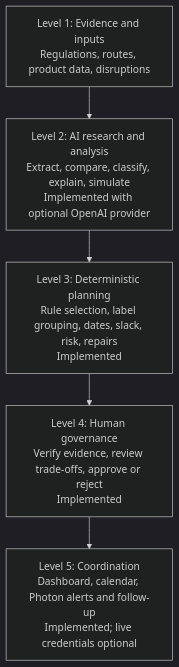
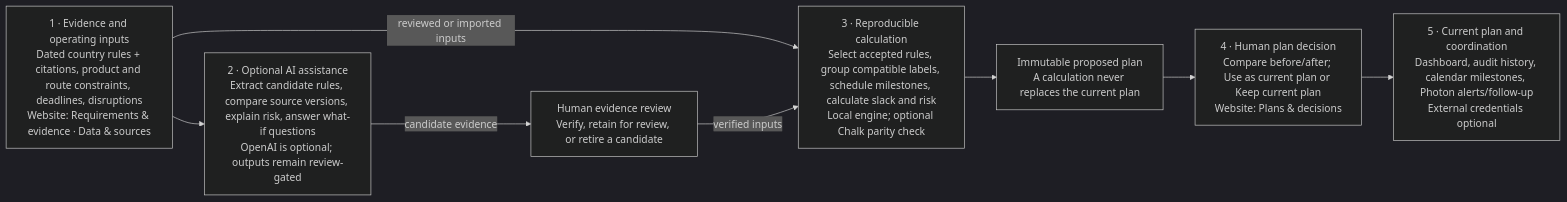
Before and after one commit to oliverywu/ClearPath: the first of 3 diagrams in README.md, drawn with Mermaid (dark theme). The commit also changed other lines of this file and 5 other files, not shown here.

Commit message:
Clarify workflow guide and architecture documentation

````diff
--- a/README.md
+++ b/README.md
@@ -9,10 +9,17 @@
 ```mermaid
-flowchart TB
-    L1["Level 1: Evidence and inputs<br/>Regulations, routes, product data, disruptions"]
-    L2["Level 2: AI research and analysis<br/>Extract, compare, classify, explain, simulate<br/>Implemented with optional OpenAI provider"]
-    L3["Level 3: Deterministic planning<br/>Rule selection, label grouping, dates, slack, risk, repairs<br/>Implemented"]
-    L4["Level 4: Human governance<br/>Verify evidence, review trade-offs, approve or reject<br/>Implemented"]
-    L5["Level 5: Coordination<br/>Dashboard, calendar, Photon alerts and follow-up<br/>Implemented; live credentials optional"]
+flowchart LR
+    IN["1 · Evidence and operating inputs<br/>Dated country rules + citations, product and route constraints, deadlines, disruptions<br/>Website: Requirements & evidence · Data & sources"]
+    AI["2 · Optional AI assistance<br/>Extract candidate rules, compare source versions, explain risk, answer what-if questions<br/>OpenAI is optional; outputs remain review-gated"]
+    HR["Human evidence review<br/>Verify, retain for review, or retire a candidate"]
+    CALC["3 · Reproducible calculation<br/>Select accepted rules, group compatible labels, schedule milestones, calculate slack and risk<br/>Local engine; optional Chalk parity check"]
+    PLAN["Immutable proposed plan<br/>A calculation never replaces the current plan"]
+    DECIDE["4 · Human plan decision<br/>Compare before/after; Use as current plan or Keep current plan<br/>Website: Plans & decisions"]
+    CURRENT["5 · Current plan and coordination<br/>Dashboard, audit history, calendar milestones, Photon alerts/follow-up<br/>External credentials optional"]
 
-    L1 --> L2 --> L3 --> L4 --> L5
+    IN --> AI
+    AI -->|candidate evidence| HR
+    IN -->|reviewed or imported inputs| CALC
+    HR -->|verified inputs| CALC
+    CALC --> PLAN --> DECIDE
+    DECIDE --> CURRENT
 ```
````
